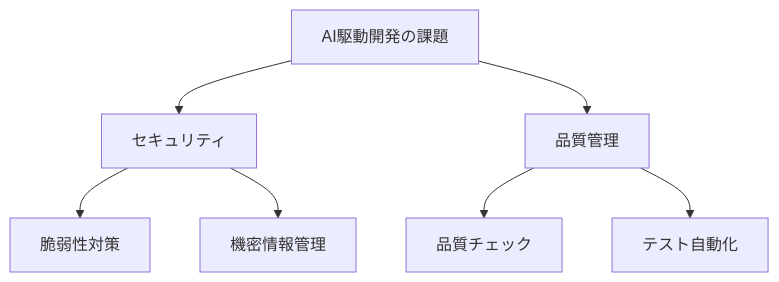
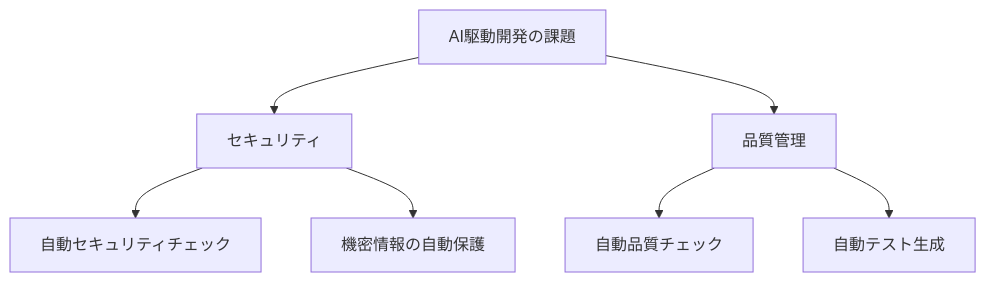
The fifth of 5 diagrams in book/pages/実際の現場で起きている変化.md (cyber-freaks-jp/AI_Driven_Development_Course), drawn with Mermaid before and after one commit. The commit also changed other lines of this file and 1 other file, not shown here.

````diff
--- a/book/pages/実際の現場で起きている変化.md
+++ b/book/pages/実際の現場で起きている変化.md
@@ -201,9 +205,9 @@
 ```mermaid
 graph TD
     A[AI駆動開発の課題] --> B[セキュリティ]
     A --> C[品質管理]
-    B --> D[脆弱性対策]
-    B --> E[機密情報管理]
-    C --> F[品質チェック]
-    C --> G[テスト自動化]
+    B --> D[自動セキュリティチェック]
+    B --> E[機密情報の自動保護]
+    C --> F[自動品質チェック]
+    C --> G[自動テスト生成]
 ```
````
